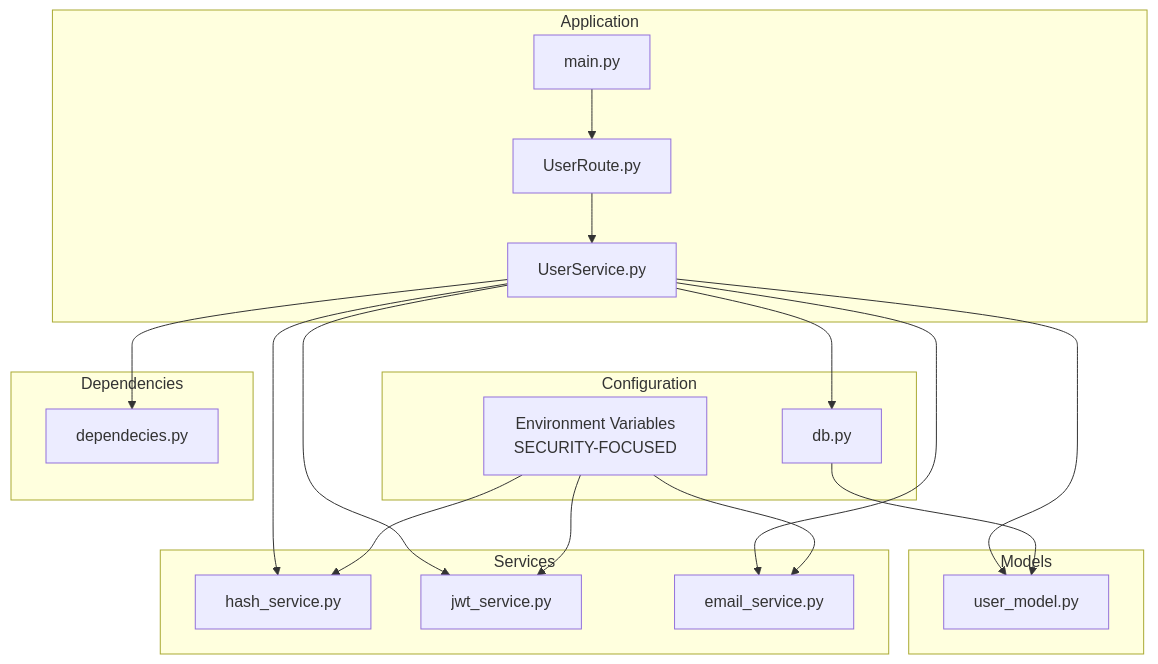
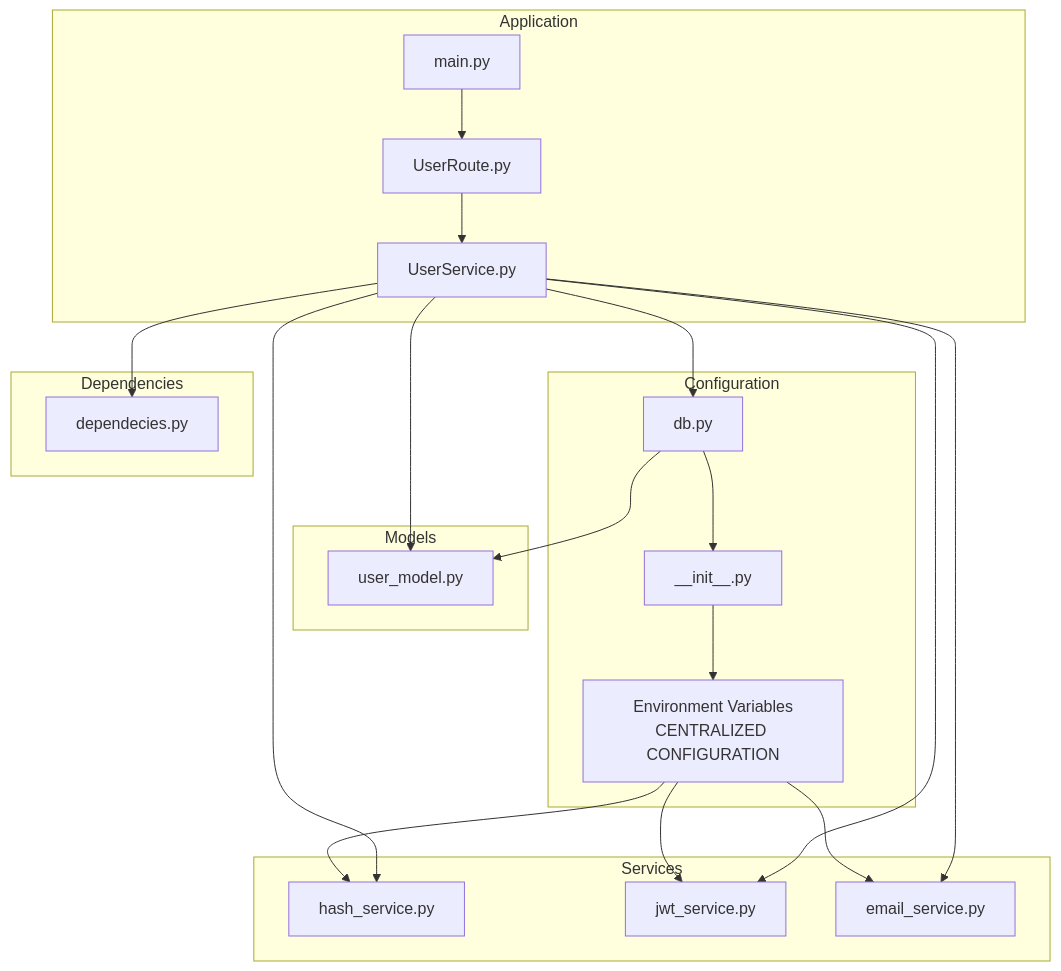
Before and after one commit to srikant-panda/auth-service: the first of 13 diagrams in .qoder/repowiki/en/content/Core Concepts/User Authentication System.md, drawn with Mermaid. The commit also changed other lines of this file and 6 other files, not shown here.

````diff
--- a/.qoder/repowiki/en/content/Core Concepts/User Authentication System.md
+++ b/.qoder/repowiki/en/content/Core Concepts/User Authentication System.md
@@ -56,35 +56,38 @@
 ```mermaid
 graph TB
 subgraph "Application"
 Main["main.py"]
 Router["UserRoute.py"]
 Handler["UserService.py"]
 end
 subgraph "Models"
 UserModels["user_model.py"]
 end
 subgraph "Services"
 Hash["hash_service.py"]
 JWT["jwt_service.py"]
 Email["email_service.py"]
 end
 subgraph "Configuration"
 DB["db.py"]
-Env["Environment Variables<br/>SECURITY-FOCUSED"]
+Init["__init__.py"]
+Env["Environment Variables<br/>CENTRALIZED CONFIGURATION"]
 end
 subgraph "Dependencies"
 Dep["dependecies.py"]
 end
 Main --> Router
 Router --> Handler
 Handler --> UserModels
 Handler --> Hash
 Handler --> JWT
 Handler --> Email
 Handler --> DB
 Handler --> Dep
+DB --> Init
+Init --> Env
 DB --> UserModels
 Env --> Hash
 Env --> JWT
 Env --> Email
 ```
````
